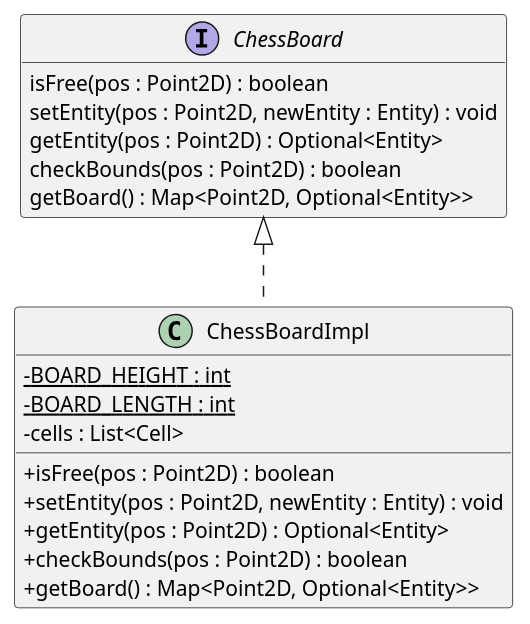
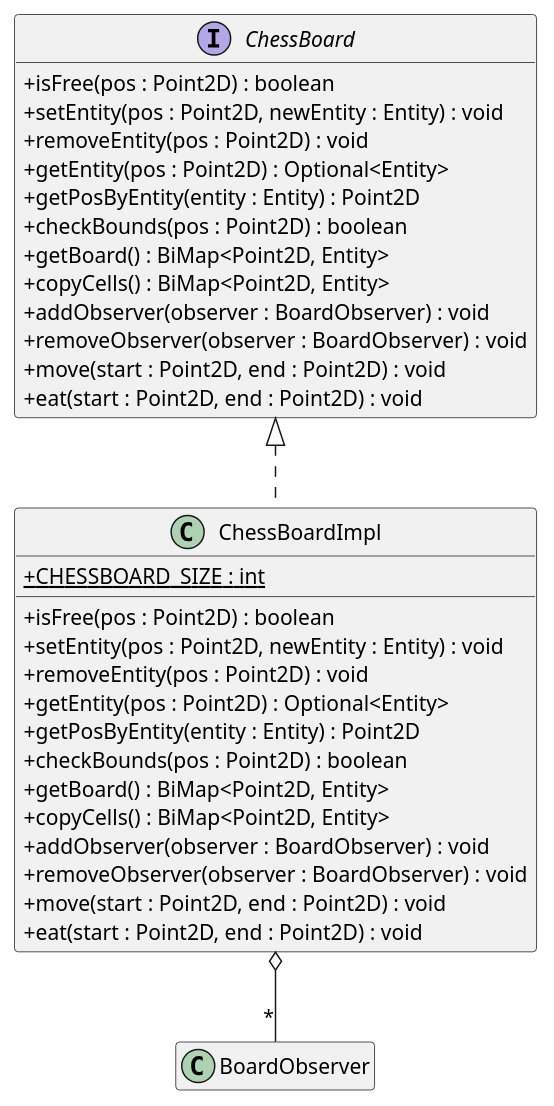
The diagram in docs/ChessBoard.puml (Turbo-Chess/Turbo-Chess), drawn with PlantUML before and after one commit.

Commit message:
docs: update ChessBoard UML

```diff
--- a/docs/ChessBoard.puml
+++ b/docs/ChessBoard.puml
@@ -1,28 +1,41 @@
-@startuml
+@startuml ChessBoard
 skinparam classAttributeIconSize 0
 hide empty fields
 hide empty methods
 
 interface ChessBoard {
-    isFree(pos : Point2D) : boolean
-    setEntity(pos : Point2D, newEntity : Entity) : void
-    getEntity(pos : Point2D) : Optional<Entity>
-    checkBounds(pos : Point2D) : boolean
-    getBoard() : Map<Point2D, Optional<Entity>>
+    +isFree(pos : Point2D) : boolean
+    +setEntity(pos : Point2D, newEntity : Entity) : void
+    +removeEntity(pos : Point2D) : void
+    +getEntity(pos : Point2D) : Optional<Entity>
+    +getPosByEntity(entity : Entity) : Point2D
+    +checkBounds(pos : Point2D) : boolean
+    +getBoard() : BiMap<Point2D, Entity>
+    +copyCells() : BiMap<Point2D, Entity>
+    +addObserver(observer : BoardObserver) : void
+    +removeObserver(observer : BoardObserver) : void
+    +move(start : Point2D, end : Point2D) : void
+    +eat(start : Point2D, end : Point2D) : void
 }
 
 class ChessBoardImpl {
-    - {static} BOARD_HEIGHT : int
-    - {static} BOARD_LENGTH : int
-    - cells : List<Cell>
+    + {static} CHESSBOARD_SIZE : int
 
     + isFree(pos : Point2D) : boolean
     + setEntity(pos : Point2D, newEntity : Entity) : void
+    + removeEntity(pos : Point2D) : void
     + getEntity(pos : Point2D) : Optional<Entity>
+    + getPosByEntity(entity : Entity) : Point2D
     + checkBounds(pos : Point2D) : boolean
-    + getBoard() : Map<Point2D, Optional<Entity>>
+    + getBoard() : BiMap<Point2D, Entity>
+    + copyCells() : BiMap<Point2D, Entity>
+    + addObserver(observer : BoardObserver) : void
+    + removeObserver(observer : BoardObserver) : void
+    + move(start : Point2D, end : Point2D) : void
+    + eat(start : Point2D, end : Point2D) : void
 }
 
 ChessBoard <|.. ChessBoardImpl
+ChessBoardImpl o-- "*" BoardObserver
 
 @enduml
```
